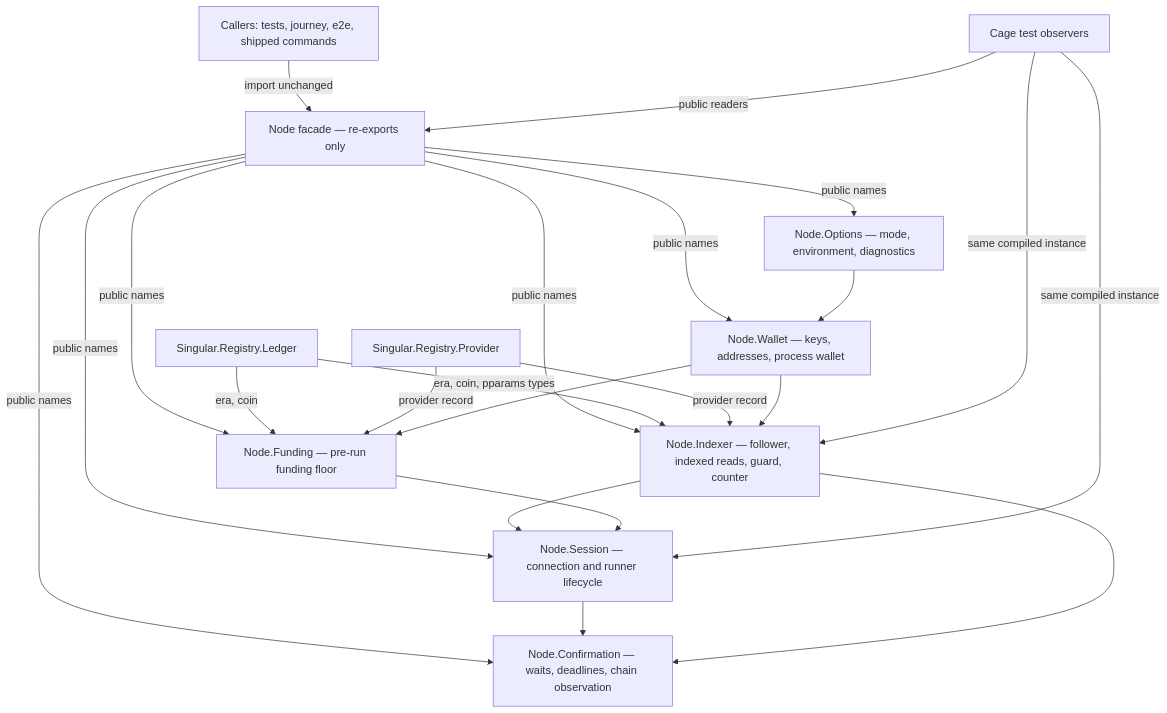
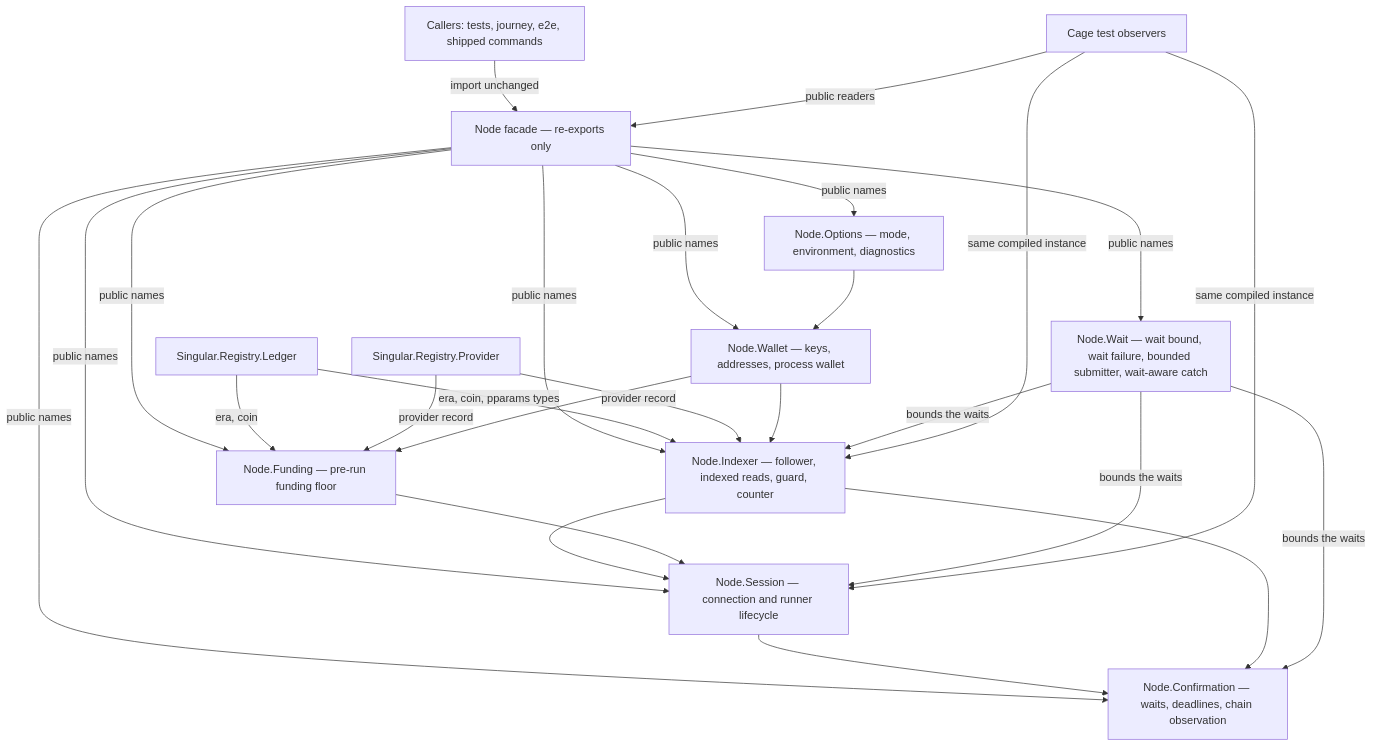
Before and after one commit to lambdasistemi/singular: the first of 3 diagrams in docs/offchain-node-ownership.md, drawn with Mermaid. The commit also changed other lines of this file and 5 other files, not shown here.

````diff
--- a/docs/offchain-node-ownership.md
+++ b/docs/offchain-node-ownership.md
@@ -22,24 +22,28 @@
 ```mermaid
 flowchart TD
     CALL[Callers: tests, journey, e2e, shipped commands] -->|import unchanged| F[Node facade — re-exports only]
     F -->|public names| O[Node.Options — mode, environment, diagnostics]
     F -->|public names| W[Node.Wallet — keys, addresses, process wallet]
     F -->|public names| I[Node.Indexer — follower, indexed reads, guard, counter]
     F -->|public names| FU[Node.Funding — pre-run funding floor]
     F -->|public names| S[Node.Session — connection and runner lifecycle]
     F -->|public names| C[Node.Confirmation — waits, deadlines, chain observation]
+    F -->|public names| WT[Node.Wait — wait bound, wait failure, bounded submitter, wait-aware catch]
     L[Singular.Registry.Ledger] -->|era, coin, pparams types| I
     L -->|era, coin| FU
     P[Singular.Registry.Provider] -->|provider record| I
     P -->|provider record| FU
     O --> W
     W --> I
     W --> FU
     I --> S
     FU --> S
     S --> C
     I --> C
+    WT -->|bounds the waits| I
+    WT -->|bounds the waits| S
+    WT -->|bounds the waits| C
     T[Cage test observers] -->|same compiled instance| S
     T -->|same compiled instance| I
     T -->|public readers| F
 ```
````
